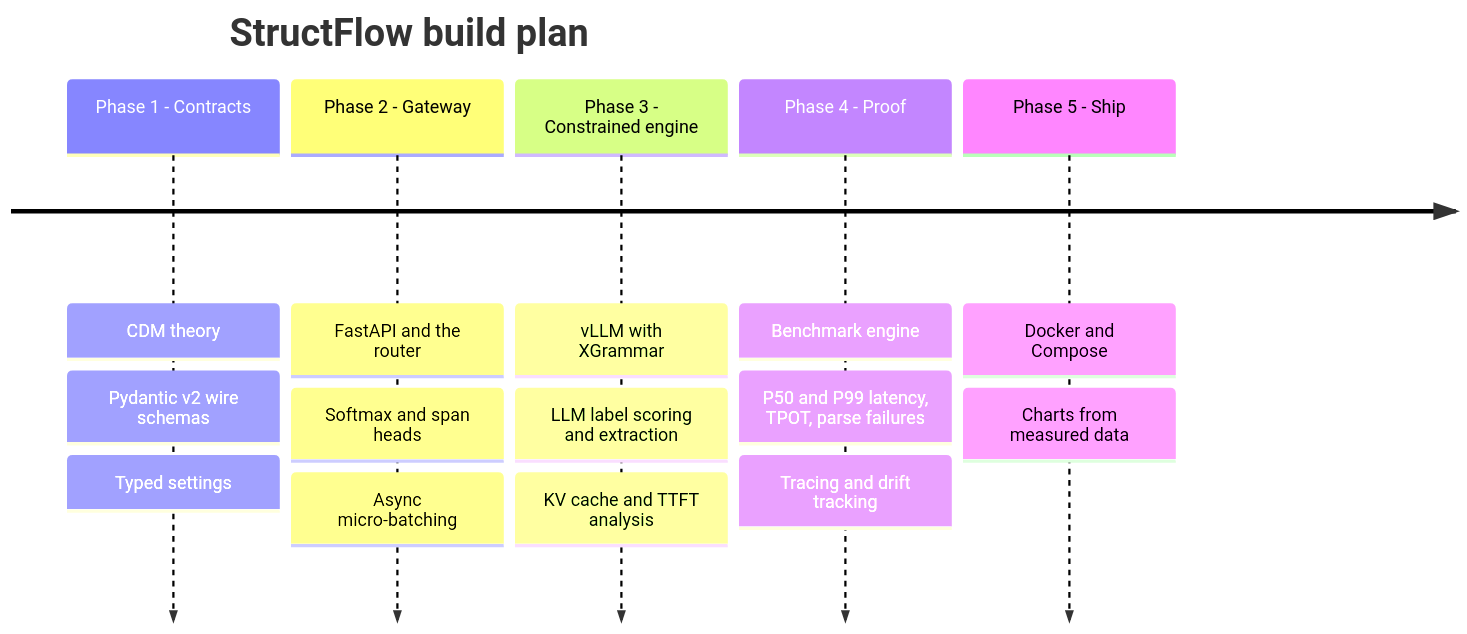
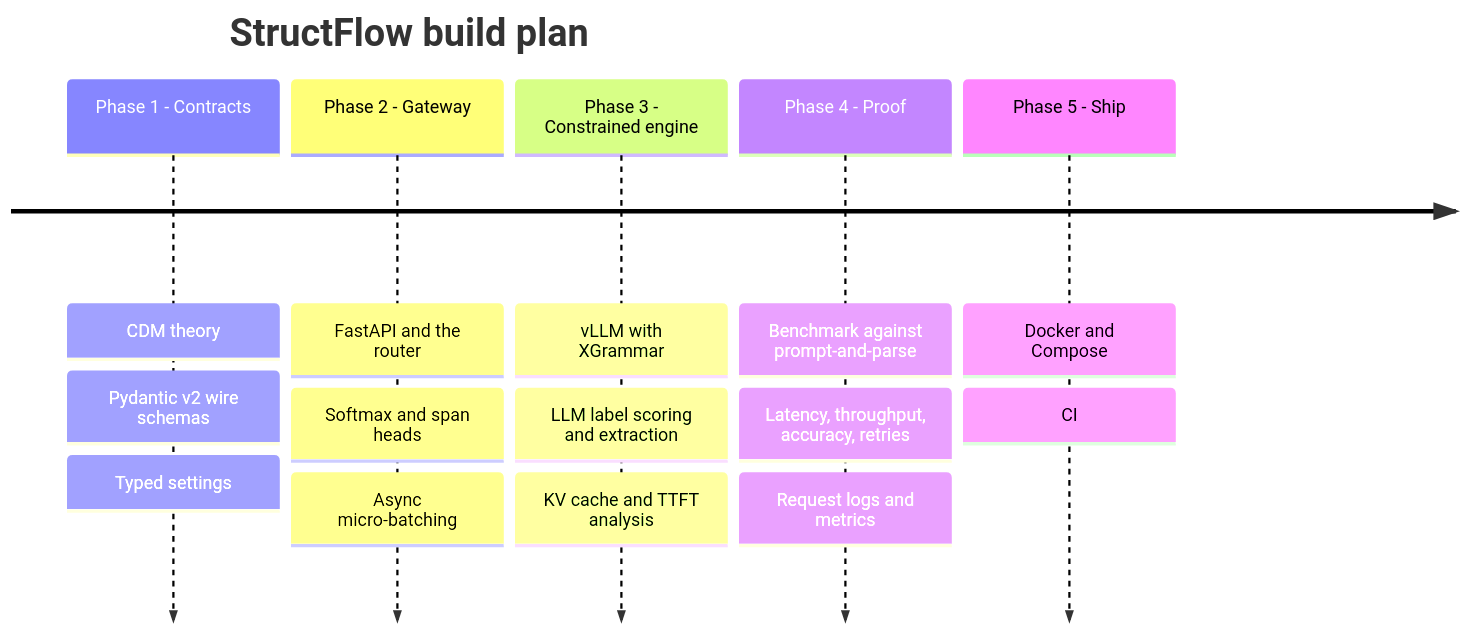
The ninth of 9 diagrams in README.md (adibatwal7/structflow), drawn with Mermaid before and after one commit. The commit also changed other lines of this file and 3 other files, not shown here.

Commit message:
Phase 4 done: findings, charts from measured data, an honest README

````diff
--- a/README.md
+++ b/README.md
@@ -424,9 +474,9 @@
 ```mermaid
 timeline
     title StructFlow build plan
     Phase 1 - Contracts : CDM theory : Pydantic v2 wire schemas : Typed settings
     Phase 2 - Gateway : FastAPI and the router : Softmax and span heads : Async micro-batching
     Phase 3 - Constrained engine : vLLM with XGrammar : LLM label scoring and extraction : KV cache and TTFT analysis
-    Phase 4 - Proof : Benchmark engine : P50 and P99 latency, TPOT, parse failures : Tracing and drift tracking
-    Phase 5 - Ship : Docker and Compose : Charts from measured data
+    Phase 4 - Proof : Benchmark against prompt-and-parse : Latency, throughput, accuracy, retries : Request logs and metrics
+    Phase 5 - Ship : Docker and Compose : CI
 ```
````
